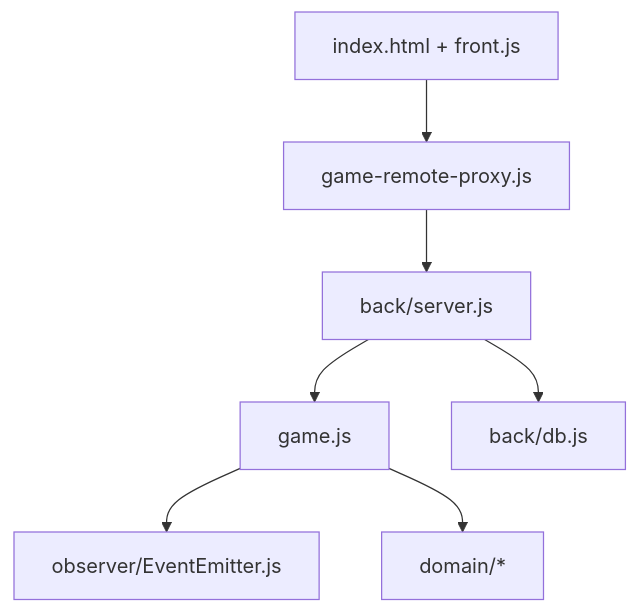
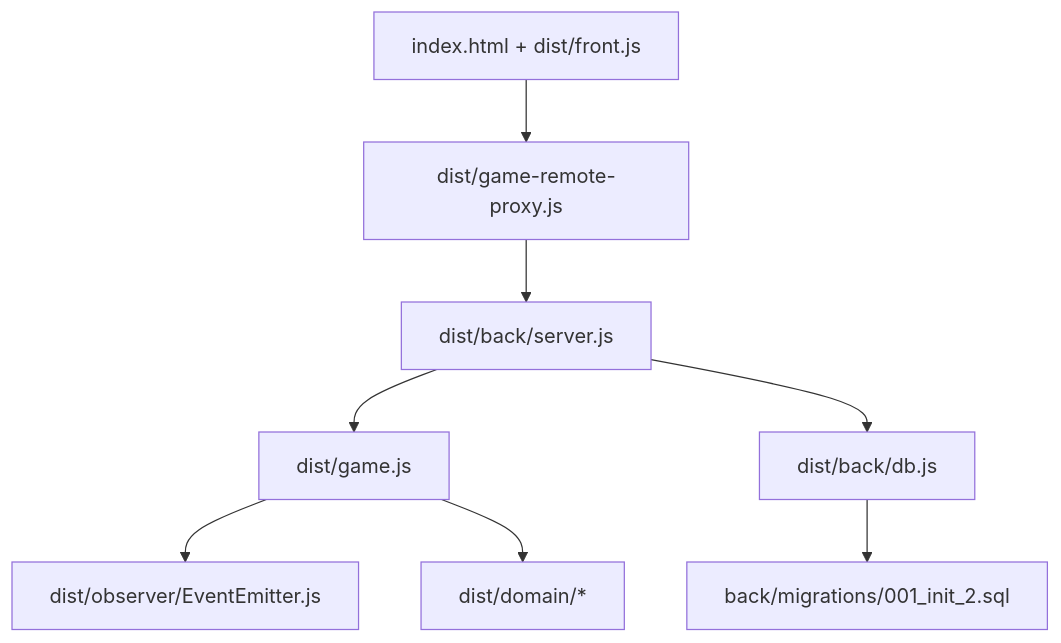
Before and after one commit to Alexander0Yusov/catch-the-google: the second of 4 diagrams in README.en.md, drawn with Mermaid. The commit also changed other lines of this file and 3 other files, not shown here.

````diff
--- a/README.en.md
+++ b/README.en.md
@@ -94,9 +183,10 @@
 ```mermaid
 graph TD
-  UI[index.html + front.js] --> RP[game-remote-proxy.js]
-  RP --> WS[back/server.js]
-  WS --> GAME[game.js]
-  GAME --> OBS[observer/EventEmitter.js]
-  GAME --> DOMAIN[domain/*]
-  WS --> DB[back/db.js]
+  UI[index.html + dist/front.js] --> RP[dist/game-remote-proxy.js]
+  RP --> WS[dist/back/server.js]
+  WS --> GAME[dist/game.js]
+  GAME --> OBS[dist/observer/EventEmitter.js]
+  GAME --> DOMAIN[dist/domain/*]
+  WS --> DB[dist/back/db.js]
+  DB --> SQL[back/migrations/001_init_2.sql]
 ```
````
